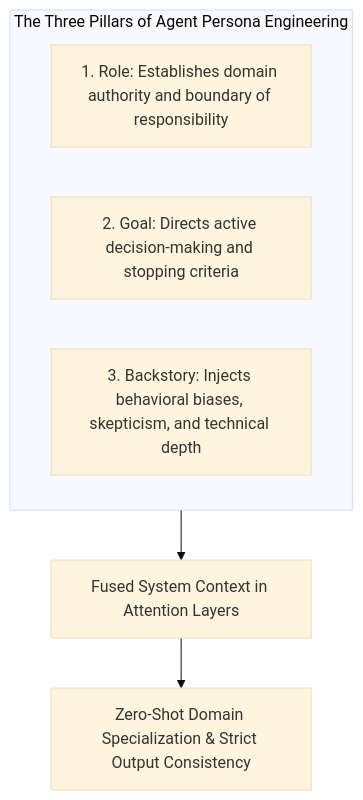
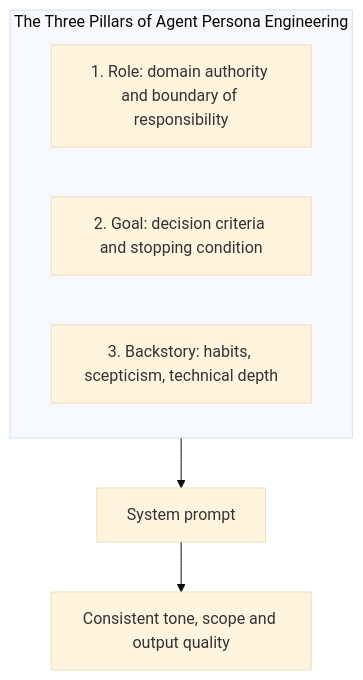
Before and after one commit to TheLearningHubOrg/learn-crewai: diagram 11 of 27 in README.md, drawn with Mermaid (base theme). The commit also changed other lines of this file and 32 other files, not shown here.

````diff
--- a/README.md
+++ b/README.md
@@ -305,11 +926,11 @@
 ```mermaid
 flowchart TD
     subgraph PersonaMatrix["The Three Pillars of Agent Persona Engineering"]
-        Role["1. Role: Establishes domain authority and boundary of responsibility"]
-        Goal["2. Goal: Directs active decision-making and stopping criteria"]
-        Backstory["3. Backstory: Injects behavioral biases, skepticism, and technical depth"]
+        Role["1. Role: domain authority and boundary of responsibility"]
+        Goal["2. Goal: decision criteria and stopping condition"]
+        Backstory["3. Backstory: habits, scepticism, technical depth"]
     end
 
-    PersonaMatrix --> Prompt["Fused System Context in Attention Layers"]
-    Prompt --> Execution["Zero-Shot Domain Specialization & Strict Output Consistency"]
+    PersonaMatrix --> Prompt["System prompt"]
+    Prompt --> Execution["Consistent tone, scope and output quality"]
 ```
````
